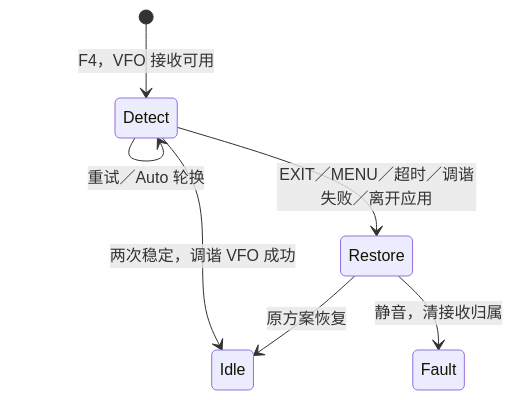
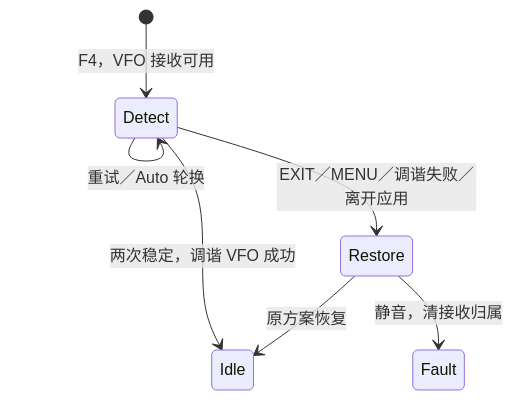
The diagram in docs/fc-design.md (lsongdev/uvk6-reborn), drawn with Mermaid before and after one commit. The commit also changed other lines of this file, not shown here.

````diff
--- a/docs/fc-design.md
+++ b/docs/fc-design.md
@@ -51,9 +51,9 @@
 ```mermaid
 stateDiagram-v2
     [*] --> Detect: F4，VFO 接收可用
     Detect --> Detect: 重试／Auto 轮换
     Detect --> Idle: 两次稳定，调谐 VFO 成功
-    Detect --> Restore: EXIT／MENU／超时／调谐失败／离开应用
+    Detect --> Restore: EXIT／MENU／调谐失败／离开应用
     Restore --> Idle: 原方案恢复
     Restore --> Fault: 静音，清接收归属
 ```
````
